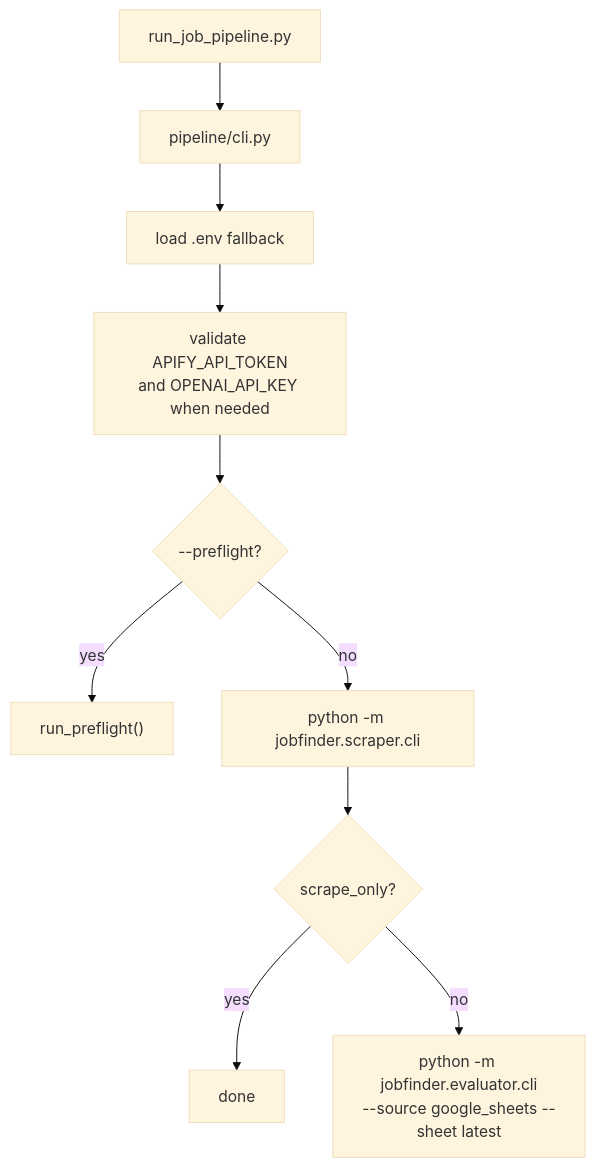
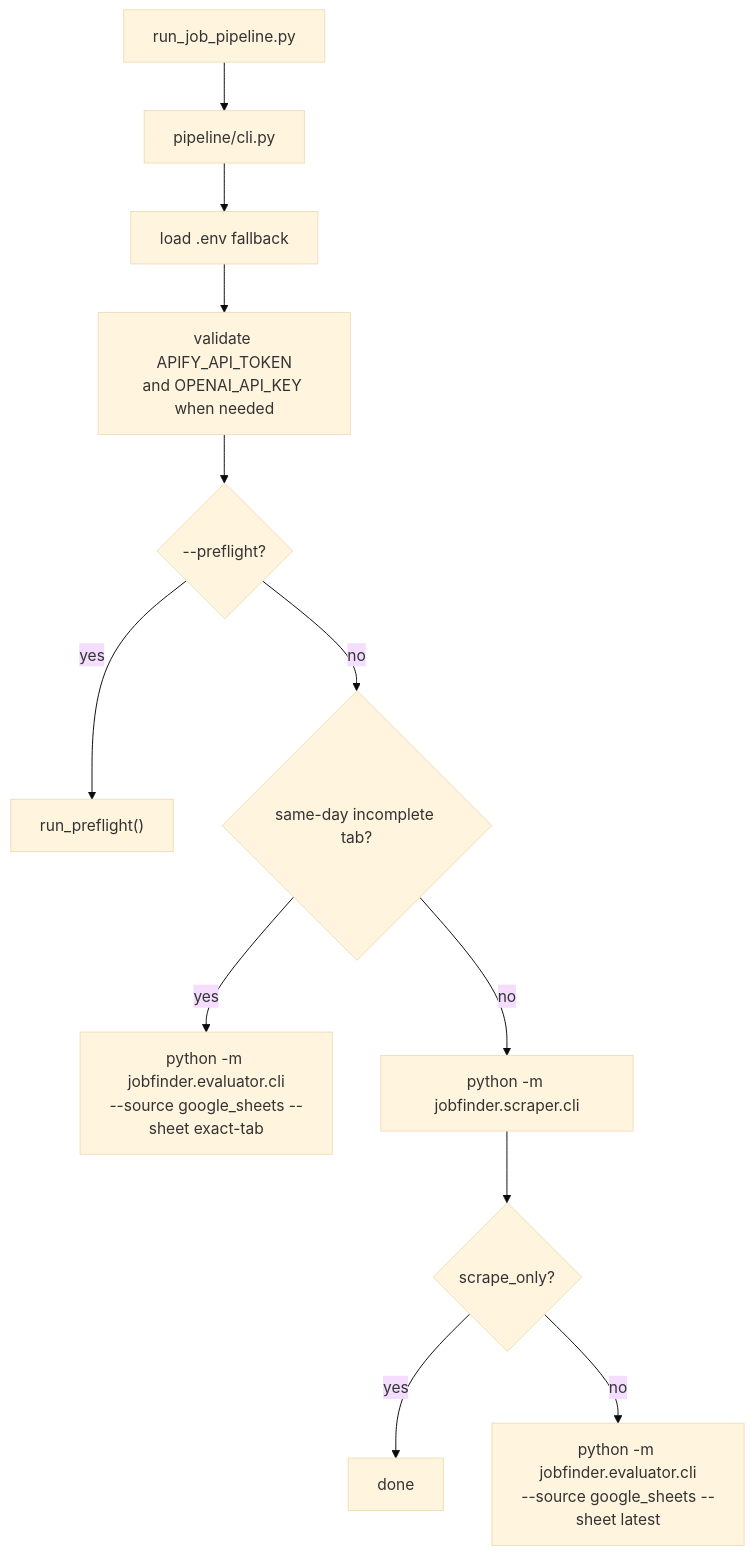
One commit to AmirDonyadide/JobFinder changed the diagram in src/jobfinder/pipeline/README.md. Above: the diagram before and after it, drawn with Mermaid (base theme). The commit also changed other lines of this file and 8 other files, not shown here.

First line of the commit message:
Add resume for incomplete same-day evaluations

````diff
--- a/src/jobfinder/pipeline/README.md
+++ b/src/jobfinder/pipeline/README.md
@@ -37,12 +38,14 @@
 ```mermaid
 flowchart TD
     A["run_job_pipeline.py"] --> B["pipeline/cli.py"]
     B --> C["load .env fallback"]
     C --> D["validate APIFY_API_TOKEN<br/>and OPENAI_API_KEY when needed"]
     D --> E{"--preflight?"}
     E -- yes --> F["run_preflight()"]
-    E -- no --> G["python -m jobfinder.scraper.cli"]
-    G --> H{"scrape_only?"}
-    H -- yes --> I["done"]
-    H -- no --> J["python -m jobfinder.evaluator.cli<br/>--source google_sheets --sheet latest"]
+    E -- no --> G{"same-day incomplete tab?"}
+    G -- yes --> H["python -m jobfinder.evaluator.cli<br/>--source google_sheets --sheet exact-tab"]
+    G -- no --> I["python -m jobfinder.scraper.cli"]
+    I --> J{"scrape_only?"}
+    J -- yes --> K["done"]
+    J -- no --> L["python -m jobfinder.evaluator.cli<br/>--source google_sheets --sheet latest"]
 ```
````
